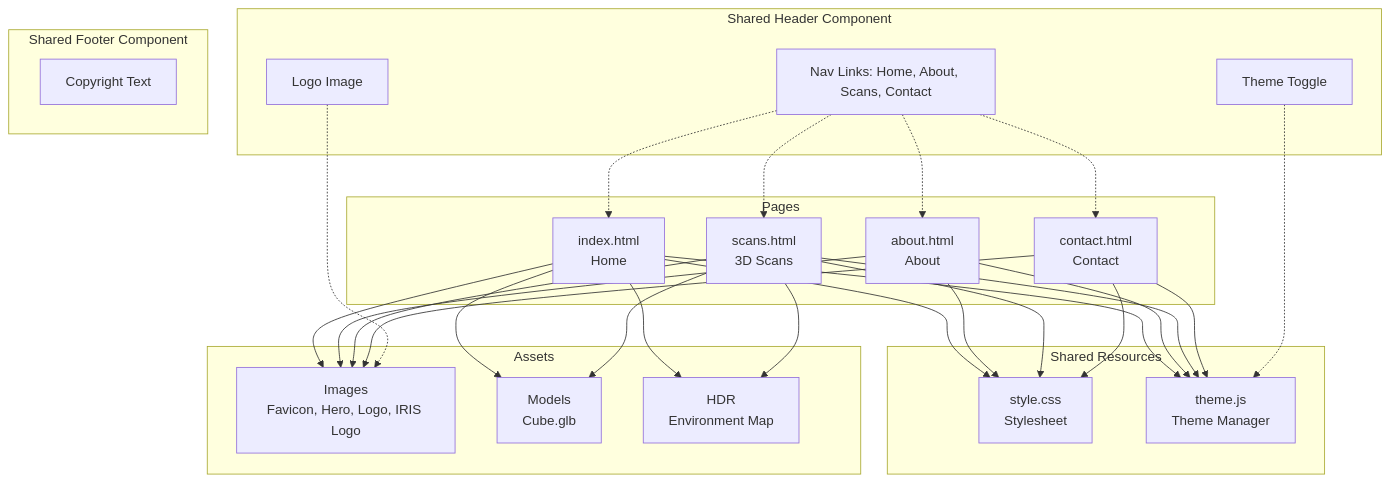
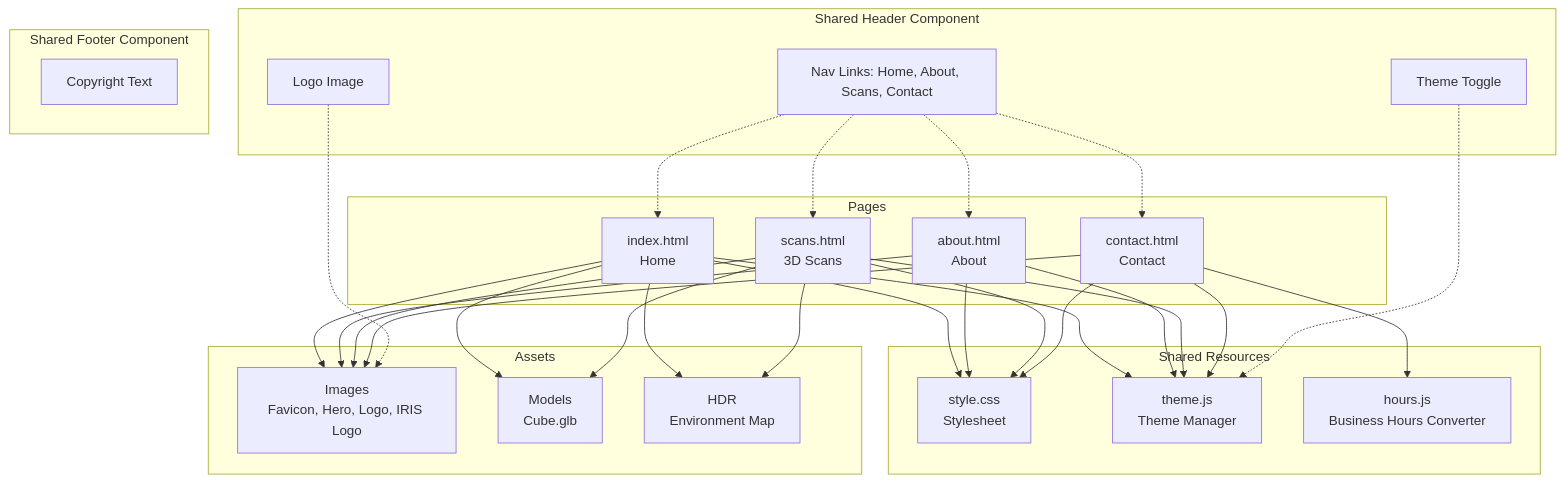
Before and after one commit to DarkCoder08/TryjaxWebsite: the diagram in plans/site-documentation.md, drawn with Mermaid. The commit also changed other lines of this file and 2 other files, not shown here.

Commit message:
added auto calculating business hours and modified contact info

````diff
--- a/plans/site-documentation.md
+++ b/plans/site-documentation.md
@@ -566,54 +601,56 @@
 ```mermaid
 flowchart TD
     subgraph Pages["Pages"]
         A[index.html<br/>Home]
         B[about.html<br/>About]
         C[scans.html<br/>3D Scans]
         D[contact.html<br/>Contact]
     end
 
     subgraph Shared["Shared Resources"]
         E[style.css<br/>Stylesheet]
         F[theme.js<br/>Theme Manager]
+        J[hours.js<br/>Business Hours Converter]
     end
 
     subgraph Assets["Assets"]
         G[Images<br/>Favicon, Hero, Logo, IRIS Logo]
         H[Models<br/>Cube.glb]
         I[HDR<br/>Environment Map]
     end
 
     A --> E
     B --> E
     C --> E
     D --> E
     A --> F
     B --> F
     C --> F
     D --> F
+    D --> J
     A --> G
     B --> G
     C --> G
     D --> G
     A --> H
     C --> H
     A --> I
     C --> I
 
     subgraph Header["Shared Header Component"]
         H1[Logo Image]
         H2[Nav Links: Home, About, Scans, Contact]
         H3[Theme Toggle]
     end
 
     subgraph Footer["Shared Footer Component"]
         F1[Copyright Text]
     end
 
     H1 -.-> G
     H2 -.-> A
     H2 -.-> B
     H2 -.-> C
     H2 -.-> D
     H3 -.-> F
 ```
````
